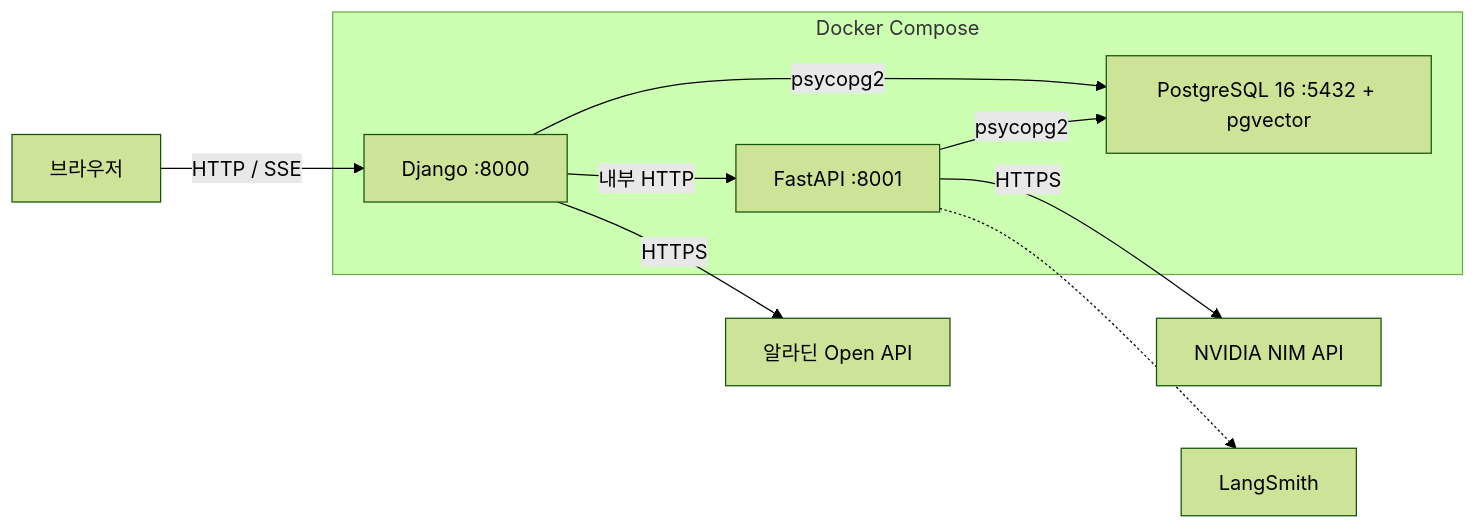
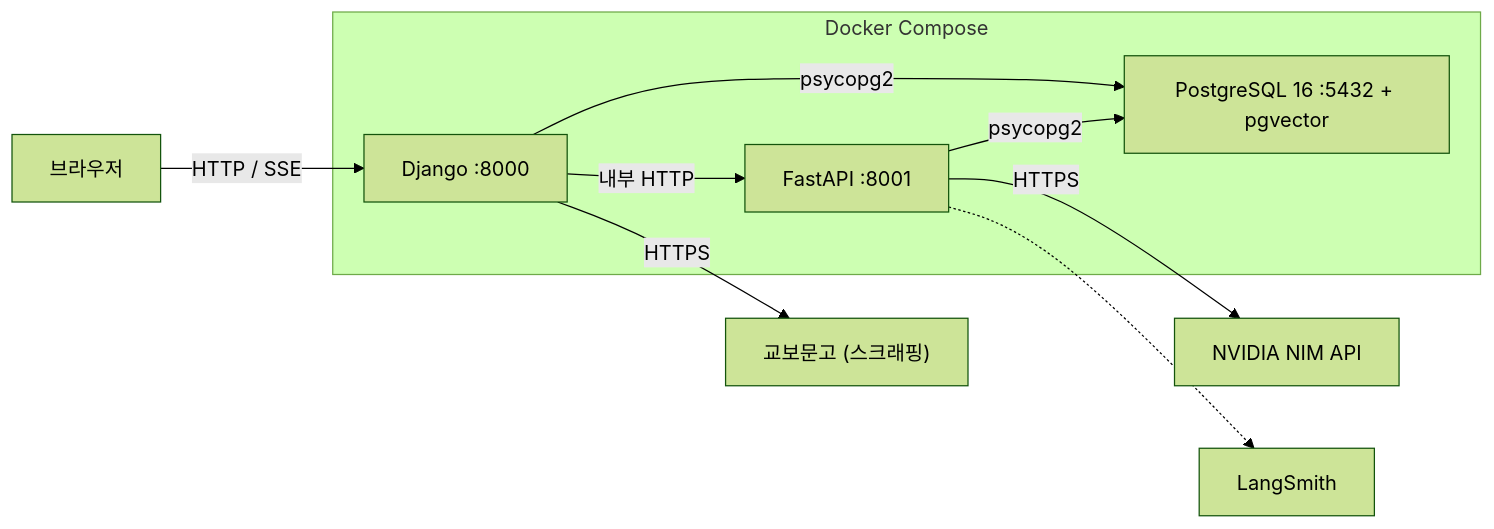
One commit to khs980714/READ-ME changed the first of 7 diagrams in docs/architecture.md. Above: the diagram before and after it, drawn with Mermaid (forest theme). The commit also changed other lines of this file and 18 other files, not shown here.

First line of the commit message:
chore: 알라딘 API 제거, 교보문고 기반 도서 수집으로 전환

````diff
--- a/docs/architecture.md
+++ b/docs/architecture.md
@@ -15,22 +15,22 @@
 ```mermaid
 graph LR
     Browser["브라우저"]
 
     subgraph docker["Docker Compose"]
         Django["Django :8000"]
         FastAPI["FastAPI :8001"]
         DB["PostgreSQL 16 :5432 + pgvector"]
     end
 
     NVIDIA["NVIDIA NIM API"]
-    Aladin["알라딘 Open API"]
+    Kyobo["교보문고 (스크래핑)"]
     LangSmith["LangSmith"]
 
     Browser -- "HTTP / SSE" --> Django
     Django -- "내부 HTTP" --> FastAPI
     Django -- psycopg2 --> DB
     FastAPI -- psycopg2 --> DB
     FastAPI -- HTTPS --> NVIDIA
-    Django -- HTTPS --> Aladin
+    Django -- HTTPS --> Kyobo
     FastAPI -.-> LangSmith
 ```
````
